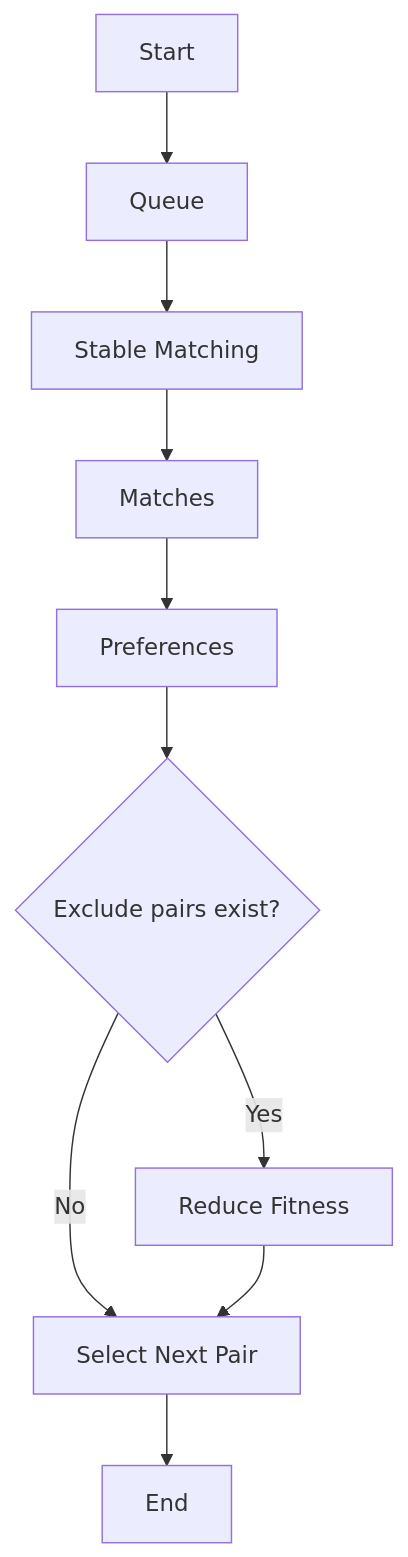
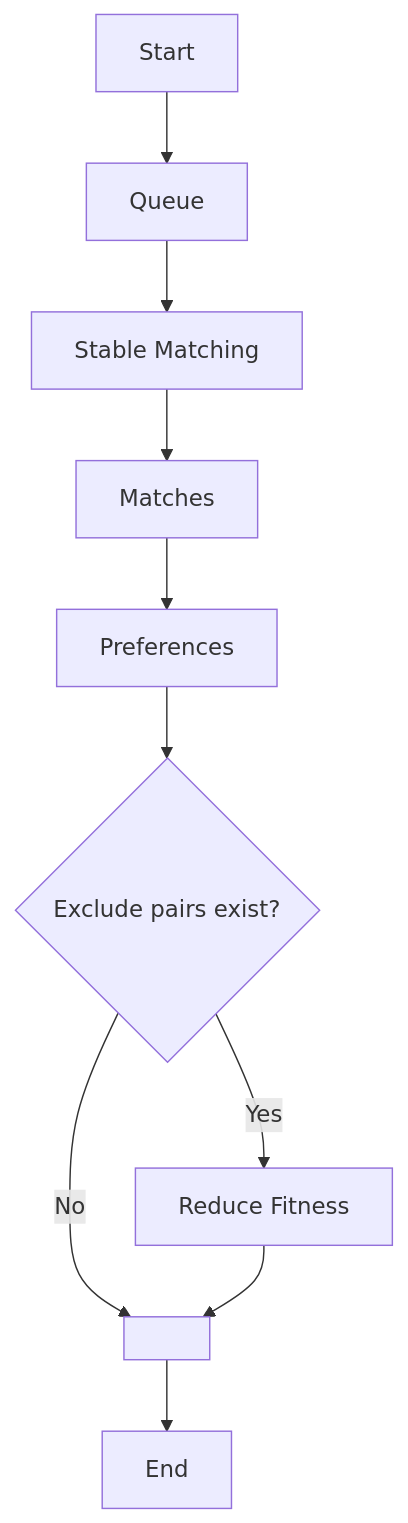
One commit to FitHanuSpecialSubject/GA-Application-Java changed the first of 3 diagrams in documents/complete-manual.md. Above: the diagram before and after it, drawn with Mermaid. The commit also changed other lines of this file and 8 other files, not shown here.

````diff
--- a/documents/complete-manual.md
+++ b/documents/complete-manual.md
@@ -97,12 +71,14 @@
 ```mermaid
 flowchart TD
     A[Start] --> B[Queue]
     B --> C[ Stable Matching]
     C --> D[Matches]
     D --> E[Preferences]
     E --> F{Exclude pairs exist?}
     F -->|Yes| G[Reduce Fitness]
-    F -->|No| H[Select Next Pair]
+    F -->|No| H[   ]
     G --> H
     H --> J[End]
+
+
 ```
````
